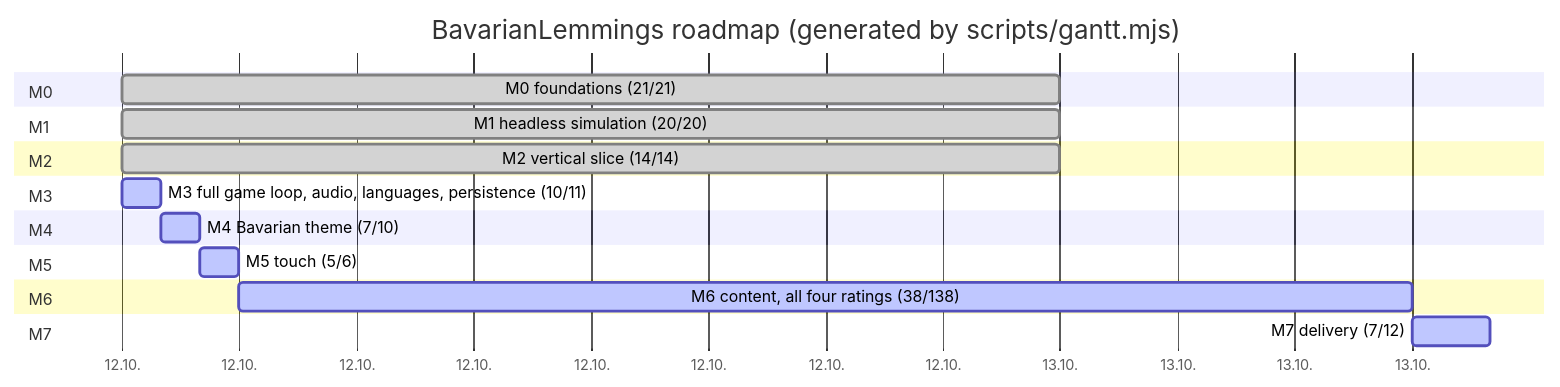
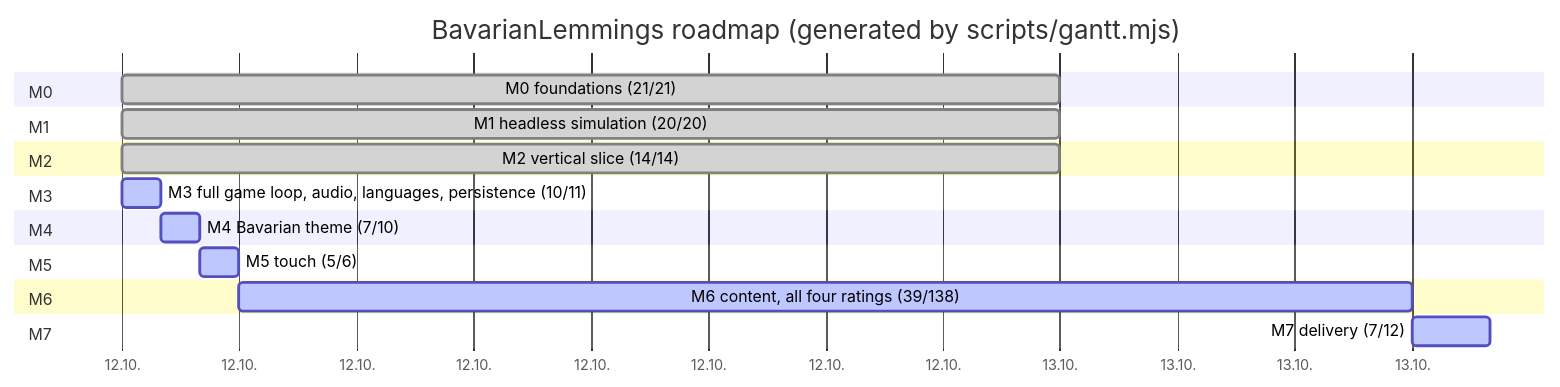
Before and after one commit to marcelpetrick/BavarianLemmings: the diagram in plan.md, drawn with Mermaid. The commit also changed other lines of this file and 30 other files, not shown here.

````diff
--- a/plan.md
+++ b/plan.md
@@ -43,22 +43,22 @@
 ```mermaid
 gantt
     title BavarianLemmings roadmap (generated by scripts/gantt.mjs)
     dateFormat  YYYY-MM-DD
     axisFormat  %d.%m.
     section M0
     M0 foundations (21/21) :done, m0, 2026-10-12, 1d
     section M1
     M1 headless simulation (20/20) :done, m1, 2026-10-12, 1d
     section M2
     M2 vertical slice (14/14) :done, m2, 2026-10-12, 1d
     section M3
     M3 full game loop, audio, languages, persistence (10/11) :active, m3, 2026-10-12, 1h
     section M4
     M4 Bavarian theme (7/10) :active, m4, after m3, 1h
     section M5
     M5 touch (5/6) :active, m5, after m4, 1h
     section M6
-    M6 content, all four ratings (38/138) :active, m6, after m5, 30h
+    M6 content, all four ratings (39/138) :active, m6, after m5, 30h
     section M7
     M7 delivery (7/12) :active, m7, after m6, 2h
 ```
````
